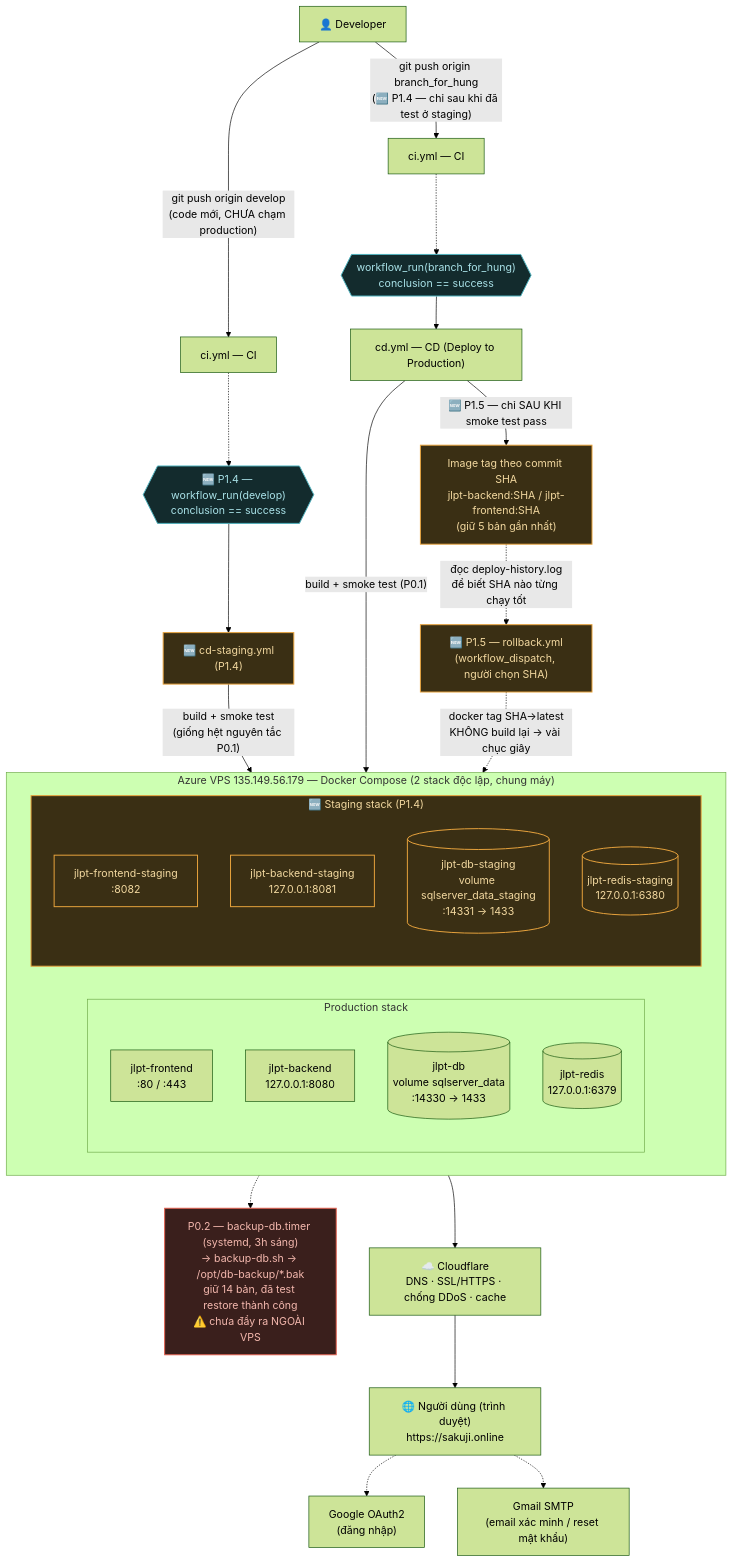
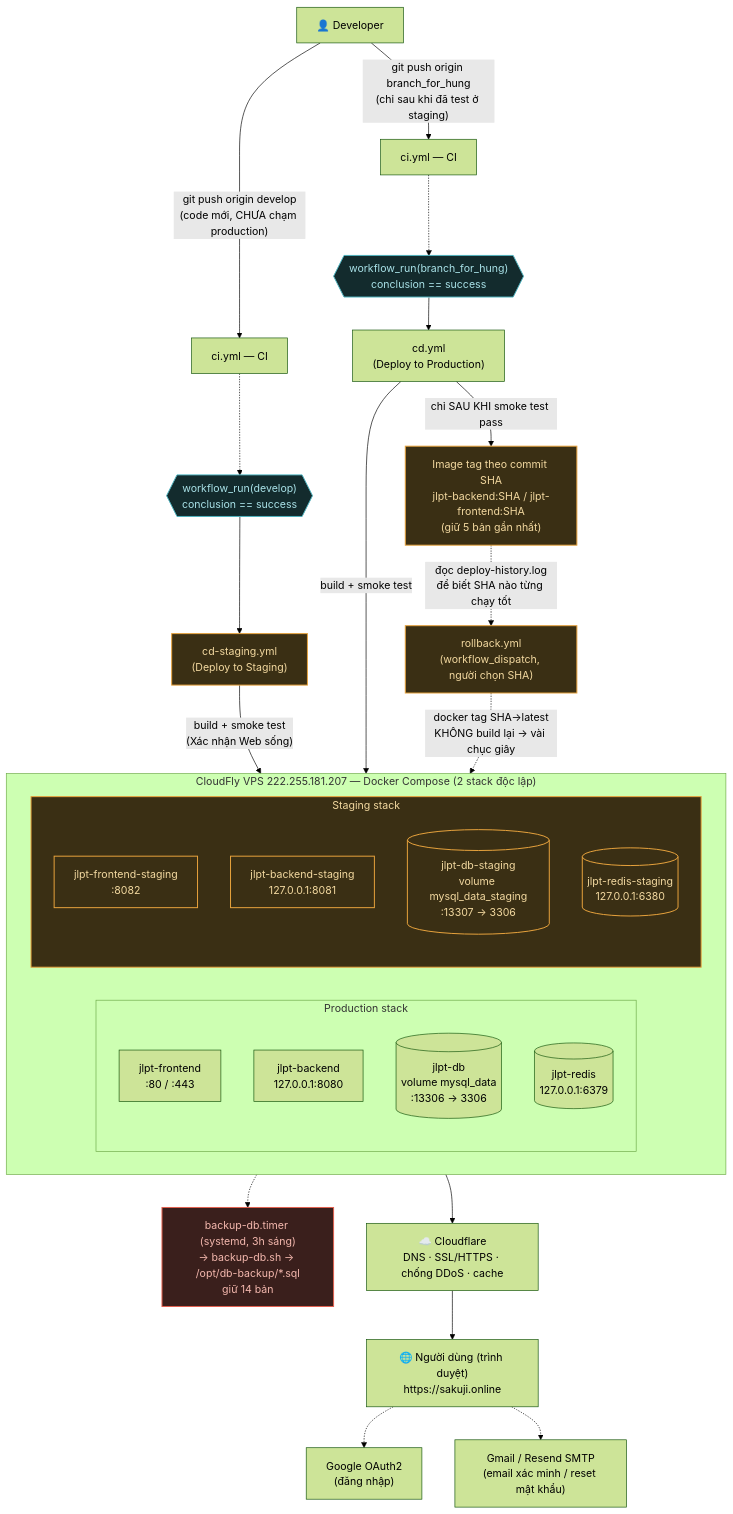
Before and after one commit to hung02042005/Japanese-Skill-Practice-Platform: the diagram in docs/05-Deployment/Deploy_Diagram.md, drawn with Mermaid (forest theme). The commit also changed other lines of this file and 12 other files, not shown here.

First line of the commit message:
docs(deployment): consolidate to CloudFly/MySQL, drop obsolete SQL Server docs

````diff
--- a/docs/05-Deployment/Deploy_Diagram.md
+++ b/docs/05-Deployment/Deploy_Diagram.md
@@ -5,63 +5,63 @@
 ```mermaid
 flowchart TD
     Dev["👤 Developer"]
 
     Dev -->|"git push origin develop<br/>(code mới, CHƯA chạm production)"| CI_S["ci.yml — CI"]
-    Dev -->|"git push origin branch_for_hung<br/>(🆕 P1.4 — chỉ sau khi đã test ở staging)"| CI_P["ci.yml — CI"]
+    Dev -->|"git push origin branch_for_hung<br/>(chỉ sau khi đã test ở staging)"| CI_P["ci.yml — CI"]
 
-    Gate_S{{"🆕 P1.4 — workflow_run(develop)<br/>conclusion == success"}}
+    Gate_S{{"workflow_run(develop)<br/>conclusion == success"}}
     Gate_P{{"workflow_run(branch_for_hung)<br/>conclusion == success"}}
     CI_S -.-> Gate_S
     CI_P -.-> Gate_P
 
-    CD_S["🆕 cd-staging.yml<br/>(P1.4)"]
-    CD_P["cd.yml — CD (Deploy to Production)"]
+    CD_S["cd-staging.yml<br/>(Deploy to Staging)"]
+    CD_P["cd.yml<br/>(Deploy to Production)"]
     Gate_S --> CD_S
     Gate_P --> CD_P
 
-    subgraph VPS["Azure VPS 135.149.56.179 — Docker Compose (2 stack độc lập, chung máy)"]
+    subgraph VPS["CloudFly VPS 222.255.181.207 — Docker Compose (2 stack độc lập)"]
         direction LR
         subgraph PROD["Production stack"]
             direction TB
             FE["jlpt-frontend<br/>:80 / :443"]
             BE["jlpt-backend<br/>127.0.0.1:8080"]
-            DB[("jlpt-db<br/>volume sqlserver_data<br/>:14330 → 1433")]
+            DB[("jlpt-db<br/>volume mysql_data<br/>:13306 → 3306")]
             Redis[("jlpt-redis<br/>127.0.0.1:6379")]
         end
-        subgraph STG["🆕 Staging stack (P1.4)"]
+        subgraph STG["Staging stack"]
             direction TB
             FE_S["jlpt-frontend-staging<br/>:8082"]
             BE_S["jlpt-backend-staging<br/>127.0.0.1:8081"]
-            DB_S[("jlpt-db-staging<br/>volume sqlserver_data_staging<br/>:14331 → 1433")]
+            DB_S[("jlpt-db-staging<br/>volume mysql_data_staging<br/>:13307 → 3306")]
             Redis_S[("jlpt-redis-staging<br/>127.0.0.1:6380")]
         end
     end
 
-    CD_S -->|"build + smoke test<br/>(giống hệt nguyên tắc P0.1)"| STG
-    CD_P -->|"build + smoke test (P0.1)"| PROD
-    CD_P -->|"🆕 P1.5 — chỉ SAU KHI smoke test pass"| Tags["Image tag theo commit SHA<br/>jlpt-backend:SHA / jlpt-frontend:SHA<br/>(giữ 5 bản gần nhất)"]
-    Rollback["🆕 P1.5 — rollback.yml<br/>(workflow_dispatch, người chọn SHA)"]
+    CD_S -->|"build + smoke test<br/>(Xác nhận Web sống)"| STG
+    CD_P -->|"build + smoke test"| PROD
+    CD_P -->|"chỉ SAU KHI smoke test pass"| Tags["Image tag theo commit SHA<br/>jlpt-backend:SHA / jlpt-frontend:SHA<br/>(giữ 5 bản gần nhất)"]
+    Rollback["rollback.yml<br/>(workflow_dispatch, người chọn SHA)"]
     Tags -.->|"đọc deploy-history.log<br/>để biết SHA nào từng chạy tốt"| Rollback
     Rollback -.->|"docker tag SHA→latest<br/>KHÔNG build lại → vài chục giây"| PROD
 
-    Backup["P0.2 — backup-db.timer (systemd, 3h sáng)<br/>→ backup-db.sh → /opt/db-backup/*.bak<br/>giữ 14 bản, đã test restore thành công<br/>⚠️ chưa đẩy ra NGOÀI VPS"]
+    Backup["backup-db.timer (systemd, 3h sáng)<br/>→ backup-db.sh → /opt/db-backup/*.sql<br/>giữ 14 bản"]
 
     CF["☁️ Cloudflare<br/>DNS · SSL/HTTPS · chống DDoS · cache"]
 
     Users["🌐 Người dùng (trình duyệt)<br/>https://sakuji.online"]
     Google["Google OAuth2<br/>(đăng nhập)"]
-    SMTP["Gmail SMTP<br/>(email xác minh / reset mật khẩu)"]
+    SMTP["Gmail / Resend SMTP<br/>(email xác minh / reset mật khẩu)"]
 
     PROD -.-> Backup
     PROD --> CF
     CF --> Users
     Users -.-> Google
     Users -.-> SMTP
 
     classDef new fill:#3a2f14,stroke:#e8a33d,color:#f3d9a0,stroke-width:1.5px;
     classDef risk fill:#3a1f1c,stroke:#e2604f,color:#f4b8ae,stroke-width:1.5px;
     classDef gate fill:#132b2d,stroke:#4fb3bf,color:#a9e2e8,stroke-width:1.5px;
     class CD_S,Tags,Rollback,STG,FE_S,BE_S,DB_S,Redis_S new;
     class Backup risk;
     class Gate_S,Gate_P gate;
 ```
````
